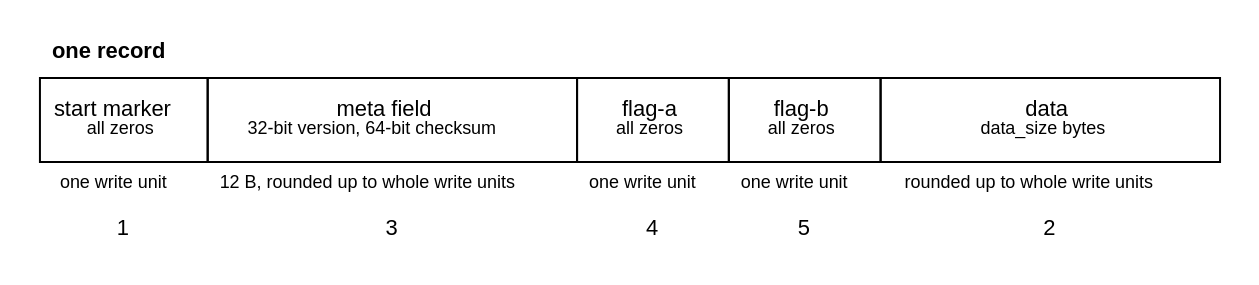
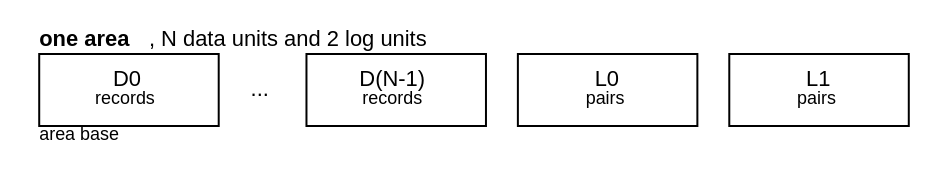
The third of 6 diagrams in doc/source/design.rst (sebastien-riou/lean-ftl), drawn with Graphviz before and after one commit. The commit also changed other lines of this file and 9 other files, not shown here.

```diff
--- a/doc/source/design.rst
+++ b/doc/source/design.rst
@@ -242,9 +261,9 @@
 .. graphviz::
    :align: center
 
    digraph {
      graph [pad="0.05" margin="0"];
      node [shape=plaintext fontname="Helvetica" fontsize=11];
      d [label=<
-       <table border="0" cellborder="1" cellspacing="0" cellpadding="6"><tr><td border="0" colspan="5" align="left"><b>one record</b></td></tr><tr><td width="84" height="42">start marker<br/><font point-size="9">all zeros</font></td><td width="150" height="42">meta field<br/><font point-size="9">32-bit version, 64-bit checksum</font></td><td width="66" height="42">flag-a<br/><font point-size="9">all zeros</font></td><td width="66" height="42">flag-b<br/><font point-size="9">all zeros</font></td><td width="170" height="42">data<br/><font point-size="9">data_size bytes</font></td></tr><tr><td border="0"><font point-size="9">one write unit</font></td><td border="0"><font point-size="9">12 B, rounded up to whole write units</font></td><td border="0"><font point-size="9">one write unit</font></td><td border="0"><font point-size="9">one write unit</font></td><td border="0"><font point-size="9">rounded up to whole write units</font></td></tr><tr><td border="0">1</td><td border="0">3</td><td border="0">4</td><td border="0">5</td><td border="0">2</td></tr></table>>];
+       <table border="0" cellborder="0" cellspacing="0" cellpadding="0"><tr><td colspan="9" align="left"><b>one area</b>, N data units and 2 log units</td></tr><tr><td><table border="0" cellborder="1" cellspacing="0" cellpadding="5"><tr><td width="90" height="36">D0<br/><font point-size="9">records</font></td></tr></table></td><td border="0" width="16"></td><td>...</td><td border="0" width="16"></td><td><table border="0" cellborder="1" cellspacing="0" cellpadding="5"><tr><td width="90" height="36">D(N-1)<br/><font point-size="9">records</font></td></tr></table></td><td border="0" width="16"></td><td><table border="0" cellborder="1" cellspacing="0" cellpadding="5"><tr><td width="90" height="36">L0<br/><font point-size="9">pairs</font></td></tr></table></td><td border="0" width="16"></td><td><table border="0" cellborder="1" cellspacing="0" cellpadding="5"><tr><td width="90" height="36">L1<br/><font point-size="9">pairs</font></td></tr></table></td></tr><tr><td align="left"><font point-size="9">area base</font></td><td colspan="8"></td></tr></table>>];
    }
```
